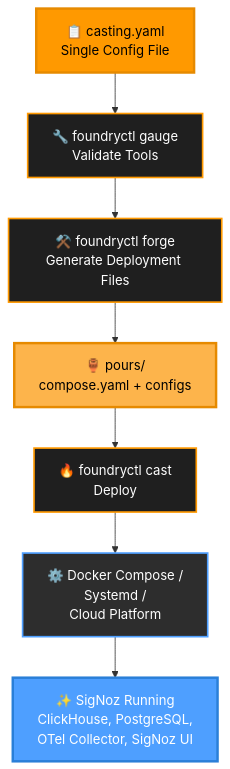
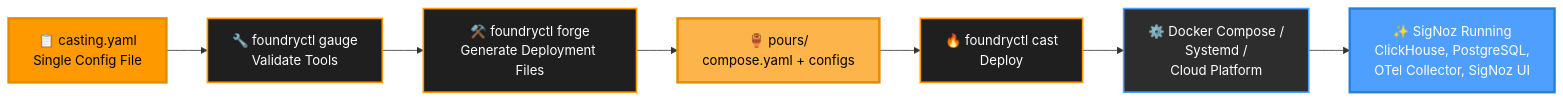
The diagram in README.md (SigNoz/foundry), drawn with Mermaid before and after one commit.

Commit message:
ads foundry model diagram

````diff
--- a/README.md
+++ b/README.md
@@ -62,22 +62,18 @@
 ```mermaid
-graph TB
+graph LR
     A[📋 casting.yaml<br/>Single Config File] --> B[🔧 foundryctl gauge<br/>Validate Tools]
-    
     B --> C[⚒️ foundryctl forge<br/>Generate Deployment Files]
-    
     C --> D[🏺 pours/<br/>compose.yaml + configs]
-    
+
     D --> E[🔥 foundryctl cast<br/>Deploy]
-    
     E --> F[⚙️ Docker Compose /<br/>Systemd /<br/>Cloud Platform]
-    
     F --> G[✨ SigNoz Running<br/>ClickHouse, PostgreSQL,<br/>OTel Collector, SigNoz UI]
-    
+
     style A fill:#FF9900,stroke:#E68A00,stroke-width:3px,color:#000
     style D fill:#FDB44B,stroke:#E68A00,stroke-width:3px,color:#000
     style G fill:#4E9FFF,stroke:#2A7FD8,stroke-width:3px,color:#fff
     style B fill:#1F1F1F,stroke:#FF9900,stroke-width:2px,color:#fff
     style C fill:#1F1F1F,stroke:#FF9900,stroke-width:2px,color:#fff
     style E fill:#1F1F1F,stroke:#FF9900,stroke-width:2px,color:#fff
     style F fill:#2D2D2D,stroke:#4E9FFF,stroke-width:2px,color:#fff
 ```
````
